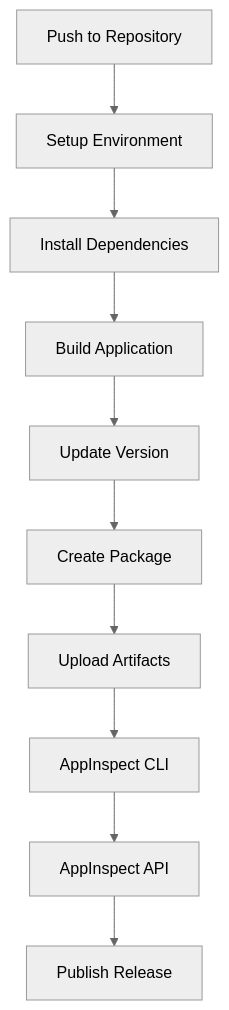
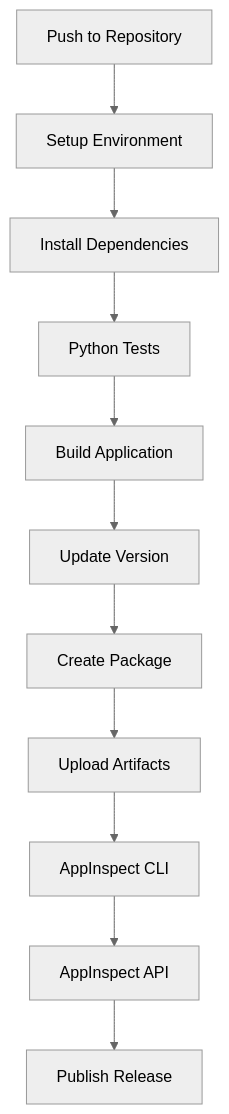
One commit to livehybrid/cimplicity-ai-app changed the diagram in docs/BUILD_GUIDE.md. Above: the diagram before and after it, drawn with Mermaid (neutral theme). The commit also changed other lines of this file and 81 other files, not shown here.

````diff
--- a/docs/BUILD_GUIDE.md
+++ b/docs/BUILD_GUIDE.md
@@ -108,12 +109,13 @@
 ```mermaid
 graph TD
     A[Push to Repository] --> B[Setup Environment]
     B --> C[Install Dependencies]
-    C --> D[Build Application]
+    C --> T[Python Tests]
+    T --> D[Build Application]
     D --> E[Update Version]
     E --> F[Create Package]
     F --> G[Upload Artifacts]
     G --> H[AppInspect CLI]
     H --> I[AppInspect API]
     I --> J[Publish Release]
 ```
````
